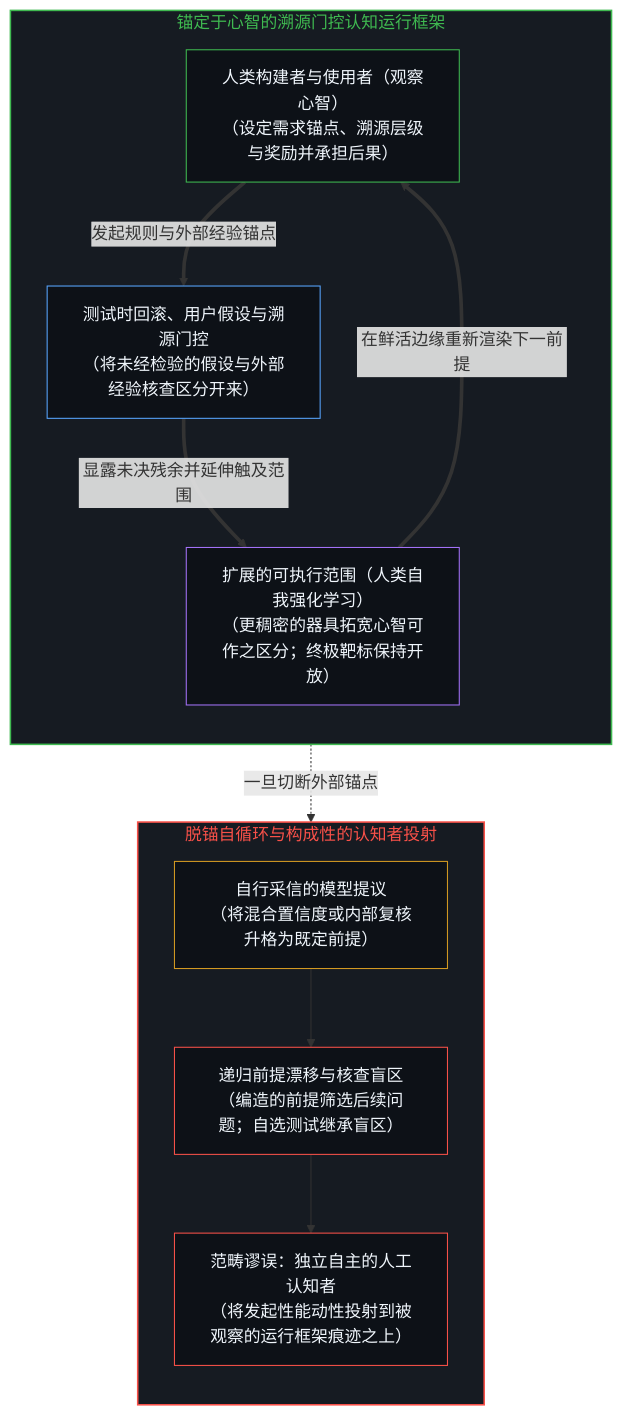
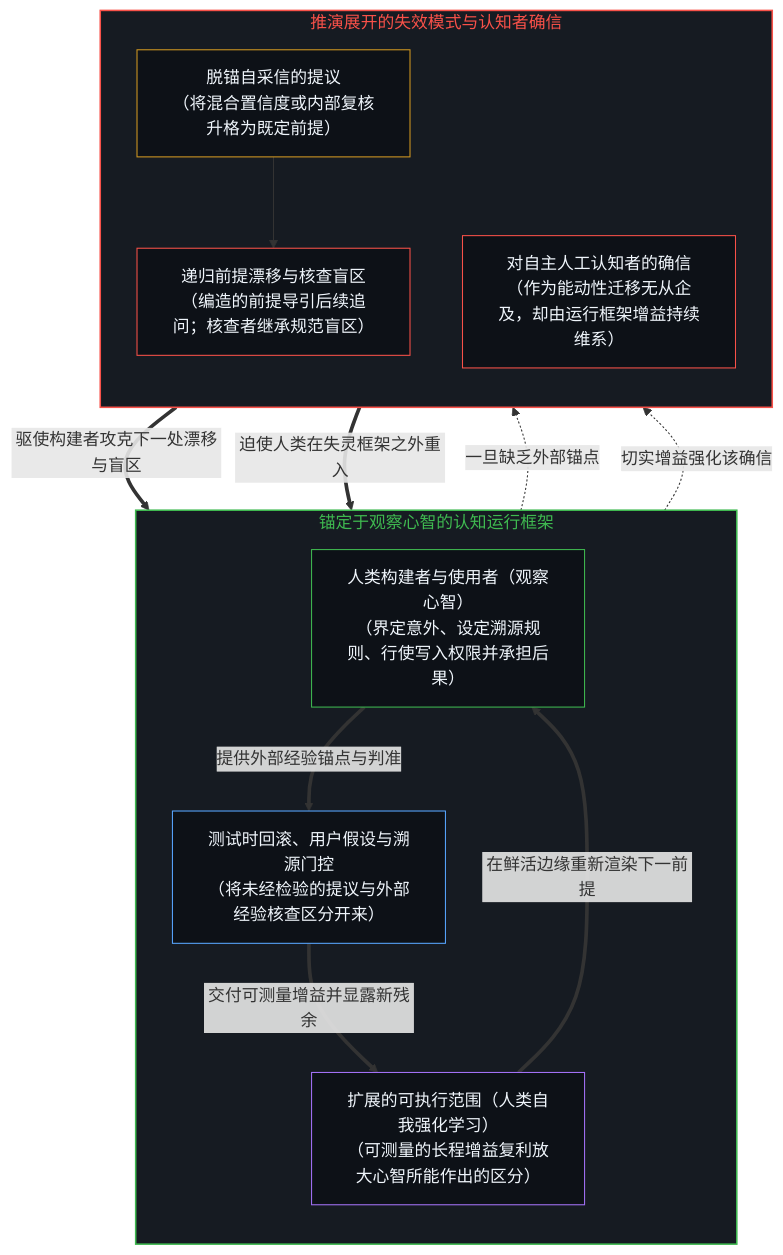
The third of 4 diagrams in content/posts/eternally-wrong-questions-that-haunt-practice.md (powerpig99/not-a-toe), drawn with Mermaid before and after one commit. The commit also changed other lines of this file and 3 other files, not shown here.

````diff
--- a/content/posts/eternally-wrong-questions-that-haunt-practice.md
+++ b/content/posts/eternally-wrong-questions-that-haunt-practice.md
@@ -99,28 +109,31 @@
 ```mermaid
 flowchart TD
-    subgraph S_Proj["脱锚自循环与构成性的认知者投射"]
+    subgraph S_Harness["锚定于观察心智的认知运行框架"]
         direction TB
-        UNV["自行采信的模型提议<br/>（将混合置信度或内部复核升格为既定前提）"]
-        DRIFT["递归前提漂移与核查盲区<br/>（编造的前提筛选后续问题；自选测试继承盲区）"]
-        MYTH["范畴谬误：独立自主的人工认知者<br/>（将发起性能动性投射到被观察的运行框架痕迹之上）"]
-        UNV --> DRIFT --> MYTH
-    end
-    subgraph S_Harness["锚定于心智的溯源门控认知运行框架"]
-        direction TB
-        MIND["人类构建者与使用者（观察心智）<br/>（设定需求锚点、溯源层级与奖励并承担后果）"]
-        HARN["测试时回滚、用户假设与溯源门控<br/>（将未经检验的假设与外部经验核查区分开来）"]
-        EXT["扩展的可执行范围（人类自我强化学习）<br/>（更稠密的器具拓宽心智可作之区分；终极靶标保持开放）"]
-        MIND ==>|"发起规则与外部经验锚点"| HARN
-        HARN ==>|"显露未决残余并延伸触及范围"| EXT
+        MIND["人类构建者与使用者（观察心智）<br/>（界定意外、设定溯源规则、行使写入权限并承担后果）"]
+        HARN["测试时回滚、用户假设与溯源门控<br/>（将未经检验的提议与外部经验核查区分开来）"]
+        EXT["扩展的可执行范围（人类自我强化学习）<br/>（可测量的长程增益复利放大心智所能作出的区分）"]
+        MIND ==>|"提供外部经验锚点与判准"| HARN
+        HARN ==>|"交付可测量增益并显露新残余"| EXT
         EXT ==>|"在鲜活边缘重新渲染下一前提"| MIND
     end
-    HARN -. "一旦切断外部锚点" .-> UNV
+    subgraph S_Proj["推演展开的失效模式与认知者确信"]
+        direction TB
+        UNV["脱锚自采信的提议<br/>（将混合置信度或内部复核升格为既定前提）"]
+        DRIFT["递归前提漂移与核查盲区<br/>（编造的前提导引后续追问；核查者继承规范盲区）"]
+        MYTH["对自主人工认知者的确信<br/>（作为能动性迁移无从企及，却由运行框架增益持续维系）"]
+        UNV --> DRIFT
+    end
+    HARN -. "一旦缺乏外部锚点" .-> UNV
+    EXT -. "切实增益强化该确信" .-> MYTH
+    MYTH ==>|"驱使构建者攻克下一处漂移与盲区"| MIND
+    DRIFT ==>|"迫使人类在失灵框架之外重入"| MIND
+    style S_Harness fill:#161b22,stroke:#3fb950,stroke-width:1.5px,color:#3fb950
     style S_Proj fill:#161b22,stroke:#f85149,stroke-width:1.5px,color:#f85149
-    style S_Harness fill:#161b22,stroke:#3fb950,stroke-width:1.5px,color:#3fb950
+    style MIND fill:#0d1117,stroke:#3fb950,stroke-width:1px,color:#f0f6fc
+    style HARN fill:#0d1117,stroke:#58a6ff,stroke-width:1px,color:#f0f6fc
+    style EXT fill:#0d1117,stroke:#a371f7,stroke-width:1px,color:#f0f6fc
     style UNV fill:#0d1117,stroke:#d29922,stroke-width:1px,color:#f0f6fc
     style DRIFT fill:#0d1117,stroke:#f85149,stroke-width:1px,color:#f0f6fc
     style MYTH fill:#0d1117,stroke:#f85149,stroke-width:1px,color:#f0f6fc
-    style MIND fill:#0d1117,stroke:#3fb950,stroke-width:1px,color:#f0f6fc
-    style HARN fill:#0d1117,stroke:#58a6ff,stroke-width:1px,color:#f0f6fc
-    style EXT fill:#0d1117,stroke:#a371f7,stroke-width:1px,color:#f0f6fc
 ```
````
